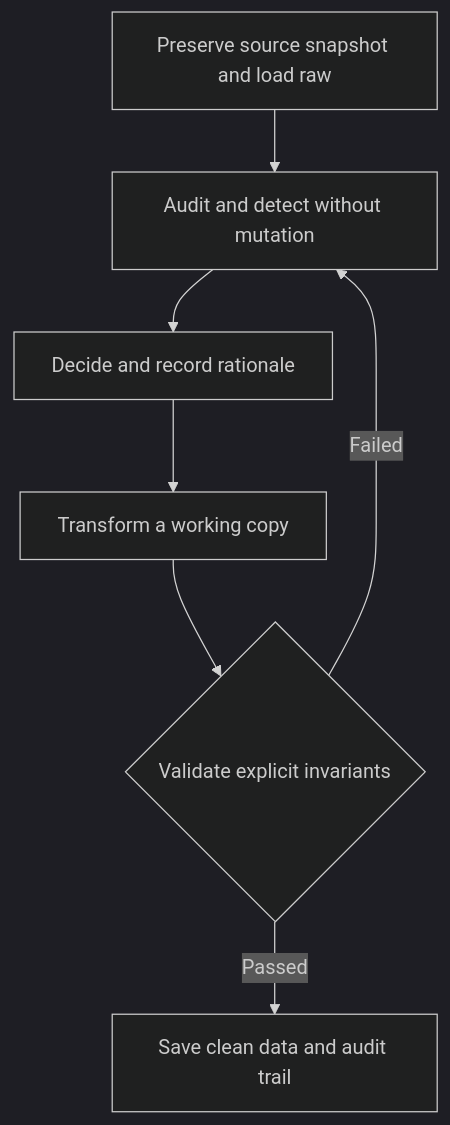
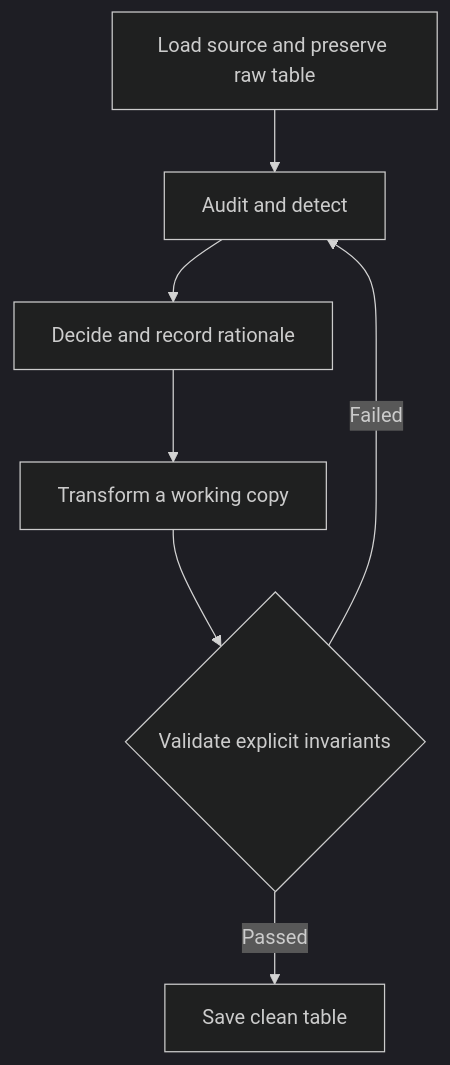
One commit to christopherseaman/datasci_217 changed the diagram in 05/README.md. Above: the diagram before and after it, drawn with Mermaid (dark theme). The commit also changed other lines of this file and 2 other files, not shown here.

````diff
--- a/05/README.md
+++ b/05/README.md
@@ -667,9 +666,9 @@
 ```mermaid
 graph TD
-    A[Preserve source snapshot and load raw] --> B[Audit and detect without mutation]
+    A[Load source and preserve raw table] --> B[Audit and detect]
     B --> C[Decide and record rationale]
     C --> D[Transform a working copy]
     D --> E{Validate explicit invariants}
     E -->|Failed| B
-    E -->|Passed| F[Save clean data and audit trail]
+    E -->|Passed| F[Save clean table]
 ```
````
